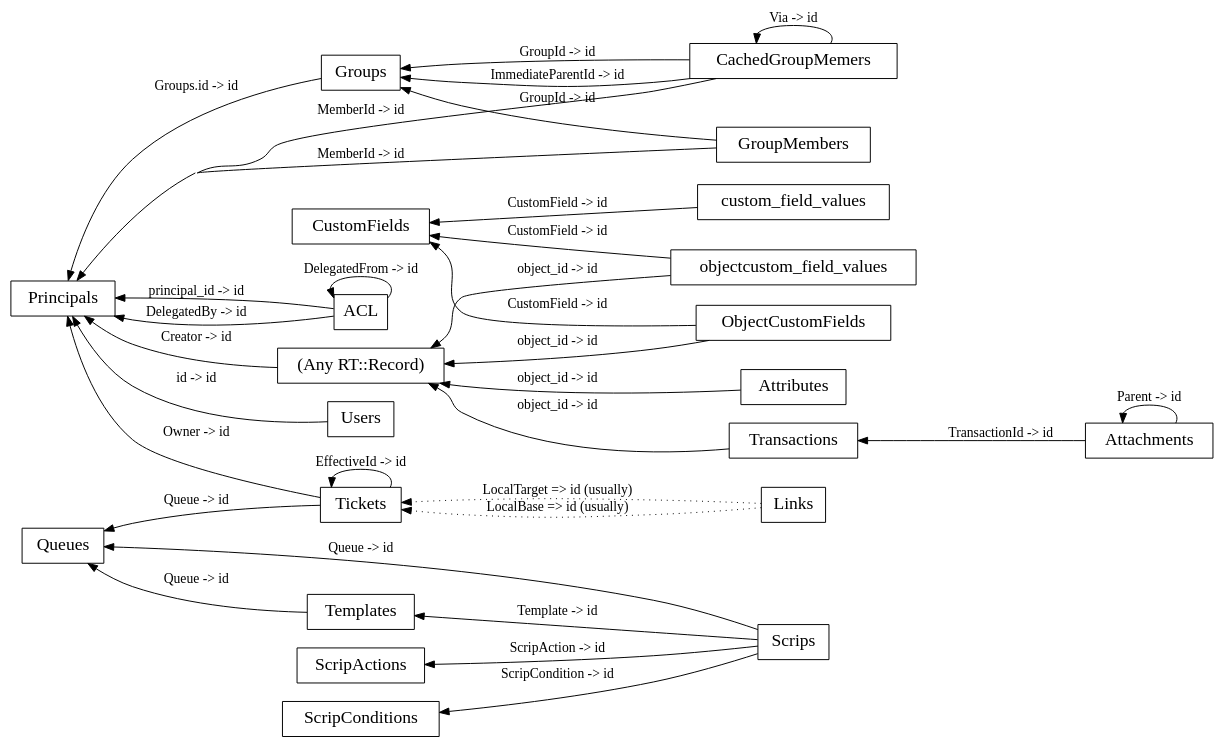
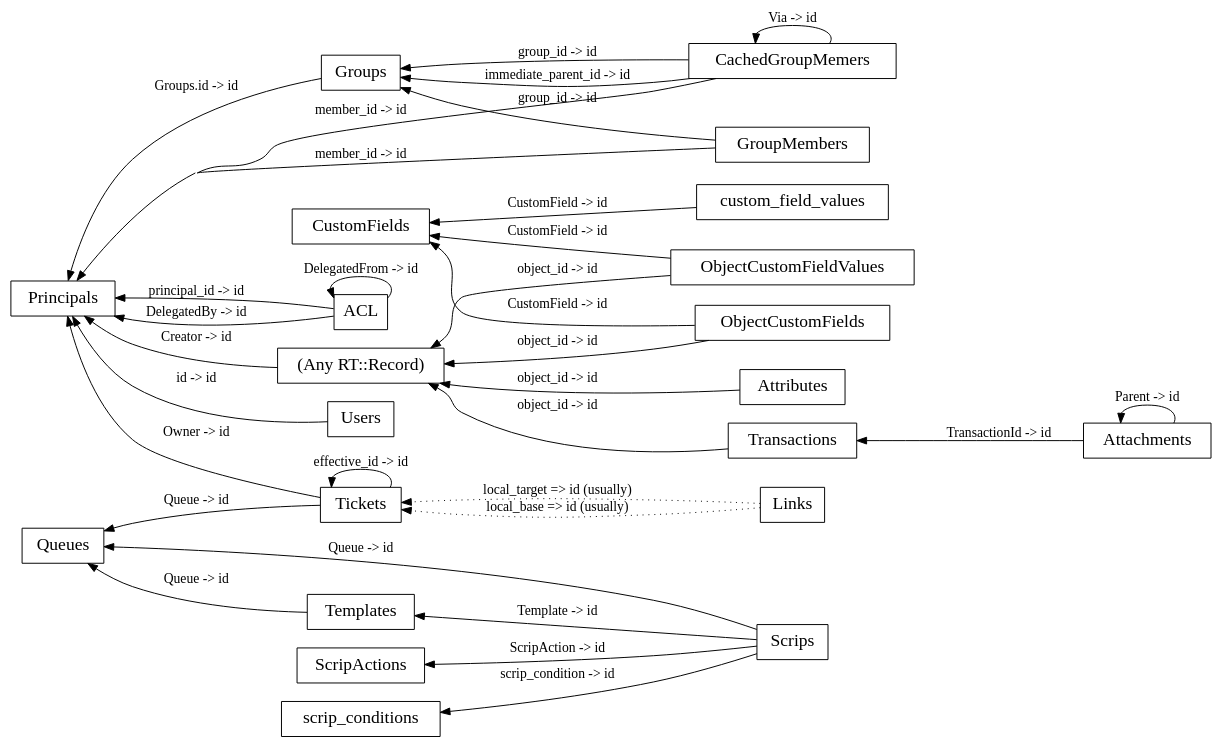
One commit to bestpractical/rt changed the diagram in docs/rt3-schema-relationships.dot. Above: the diagram before and after it, drawn with Graphviz. The commit also changed 299 other files, not shown here.

```diff
--- a/docs/rt3-schema-relationships.dot
+++ b/docs/rt3-schema-relationships.dot
@@ -1,89 +1,89 @@
 digraph g {
 graph [
 rankdir = "RL",
  concentrate = true,
 ratio = auto
 ];
 node [
 fontsize = "18",
 shape = record, fontsize = 18
 ];
 edge [
 ];
 
 "Records" [shape = record, fontsize = 18, label = "(Any RT::Record)" ];
 "Records" -> "Principals" [label = "Creator -> id"];
 "ACL" [shape = record, fontsize = 18, label = "<col0> \N " ];
 "ACL" -> "Principals" [label="principal_id -> id"];
 "ACL" -> "Principals" [label="DelegatedBy -> id"];
 "ACL" -> "ACL" [label="DelegatedFrom -> id"];
 
 "Attachments" [shape = record, fontsize = 18, label = "<col0> \N " ];
 "Attachments" -> "Transactions" [label="TransactionId -> id"];
 "Attachments" -> "Attachments" [label="Parent -> id"];
 
 "CachedGroupMemers" [shape = record, fontsize = 18, label = "<col0> \N " ];
-"CachedGroupMemers" -> "Groups" [label="GroupId -> id", weight=2];
-"CachedGroupMemers" -> "Principals" [label="MemberId -> id"];
+"CachedGroupMemers" -> "Groups" [label="group_id -> id", weight=2];
+"CachedGroupMemers" -> "Principals" [label="member_id -> id"];
 "CachedGroupMemers" -> "CachedGroupMemers" [label="Via -> id"];
-"CachedGroupMemers" -> "Groups" [label="ImmediateParentId -> id"];
+"CachedGroupMemers" -> "Groups" [label="immediate_parent_id -> id"];
 
 "CustomFields" [shape = record, fontsize = 18, label = "<col0> \N " ];
 
 "custom_field_values" [shape = record, fontsize = 18, label = "<col0> \N " ];
 "custom_field_values" -> "CustomFields" [label="CustomField -> id"];
 
 "GroupMembers" [shape = record, fontsize = 18, label = "<col0> \N " ];
-"GroupMembers" -> "Groups" [label="GroupId -> id", weight=2];
-"GroupMembers" -> "Principals" [label="MemberId -> id", weight = 2];
+"GroupMembers" -> "Groups" [label="group_id -> id", weight=2];
+"GroupMembers" -> "Principals" [label="member_id -> id", weight = 2];
 
 "Groups" [shape = record, fontsize = 18, label = "<col0> \N " ];
 "Groups" -> "Principals" [label="Groups.id -> id"];
 
 "Links" [shape = record, fontsize = 18, label = "<col0> \N " ];
-"Links" -> "Tickets" [label="LocalBase => id (usually)", style="dotted"];
-"Links" -> "Tickets" [label="LocalTarget => id (usually)", style="dotted"];
+"Links" -> "Tickets" [label="local_base => id (usually)", style="dotted"];
+"Links" -> "Tickets" [label="local_target => id (usually)", style="dotted"];
 
 "Principals" [shape = record, fontsize = 18, label = "<col0> \N " ];
 
 "Attributes" [shape = record, fontsize = 18, label = "<col0> \N " ];
 "Attributes" -> "Records" [label="object_id -> id"];
 
 "Queues" [shape = record, fontsize = 18, label = "<col0> \N " ];
 
 "ScripActions" [shape = record, fontsize = 18, label = "<col0> \N " ];
 
-"ScripConditions" [shape = record, fontsize = 18, label = "<col0> \N " ];
+"scrip_conditions" [shape = record, fontsize = 18, label = "<col0> \N " ];
 
 "Scrips" [shape = record, fontsize = 18, label = "<col0> \N " ];
-"Scrips" -> "ScripConditions" [label="ScripCondition -> id"];
+"Scrips" -> "scrip_conditions" [label="scrip_condition -> id"];
 "Scrips" -> "ScripActions" [label="ScripAction -> id"];
 "Scrips" -> "Templates" [label="Template -> id"];
 "Scrips" -> "Queues" [label="Queue -> id"];
 
 "Templates" [shape = record, fontsize = 18, label = "<col0> \N " ];
 "Templates" -> "Queues" [label ="Queue -> id" ];
 
 "ObjectCustomFields" [shape = record, fontsize = 18, label = "<col0> \N " ];
 "ObjectCustomFields" -> "CustomFields" [label="CustomField -> id"];
 "ObjectCustomFields" -> "Records" [label="object_id -> id"];
 
-"objectcustom_field_values" [shape = record, fontsize = 18, label = "<col0> \N " ];
-"objectcustom_field_values" -> "CustomFields" [label="CustomField -> id"];
-"objectcustom_field_values" -> "Records" [label="object_id -> id"];
+"ObjectCustomFieldValues" [shape = record, fontsize = 18, label = "<col0> \N " ];
+"ObjectCustomFieldValues" -> "CustomFields" [label="CustomField -> id"];
+"ObjectCustomFieldValues" -> "Records" [label="object_id -> id"];
 
 "Tickets" [shape = record, fontsize = 18, label = "<col0> \N " ];
-"Tickets" -> "Tickets" [label="EffectiveId -> id"];
+"Tickets" -> "Tickets" [label="effective_id -> id"];
 "Tickets" -> "Principals" [label="Owner -> id"];
 "Queues" -> "Tickets" [style="invis"];
 "Tickets" -> "Queues" [label="Queue -> id"];
 
 "Transactions" [shape = record, fontsize = 18, label = "<col0> \N " ];
 "Transactions" -> "Records" [label="object_id -> id"];
 
 "Users" [shape = record, fontsize = 18, label = "<col0> \N " ];
 
 "Users" -> "Principals" [label="id -> id"];
 
 
 }
```
